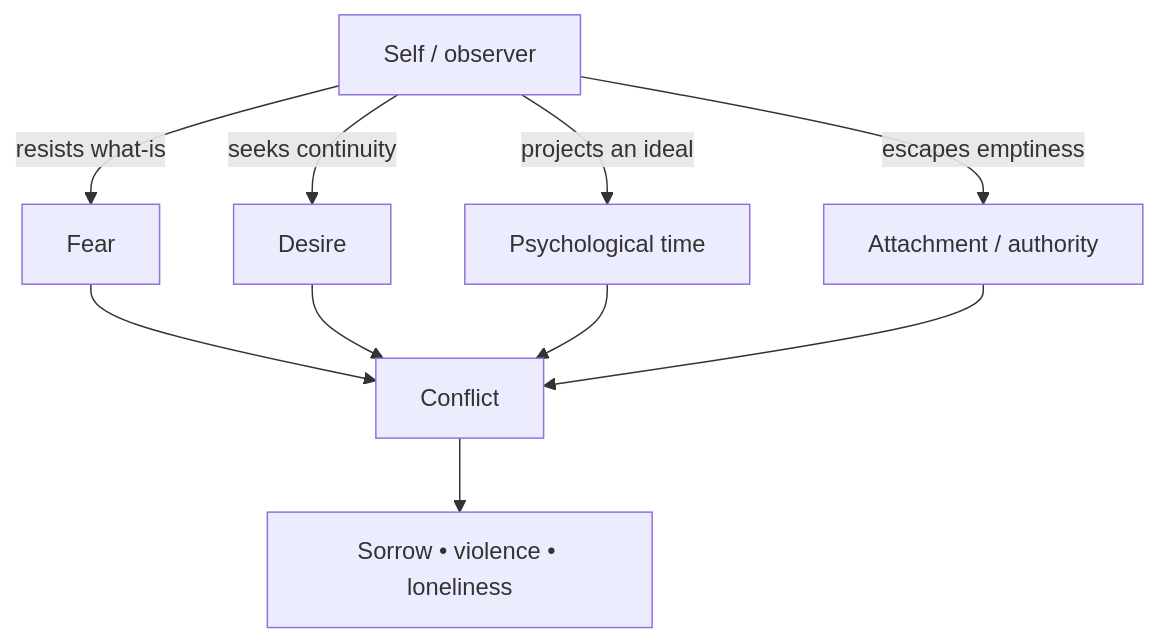
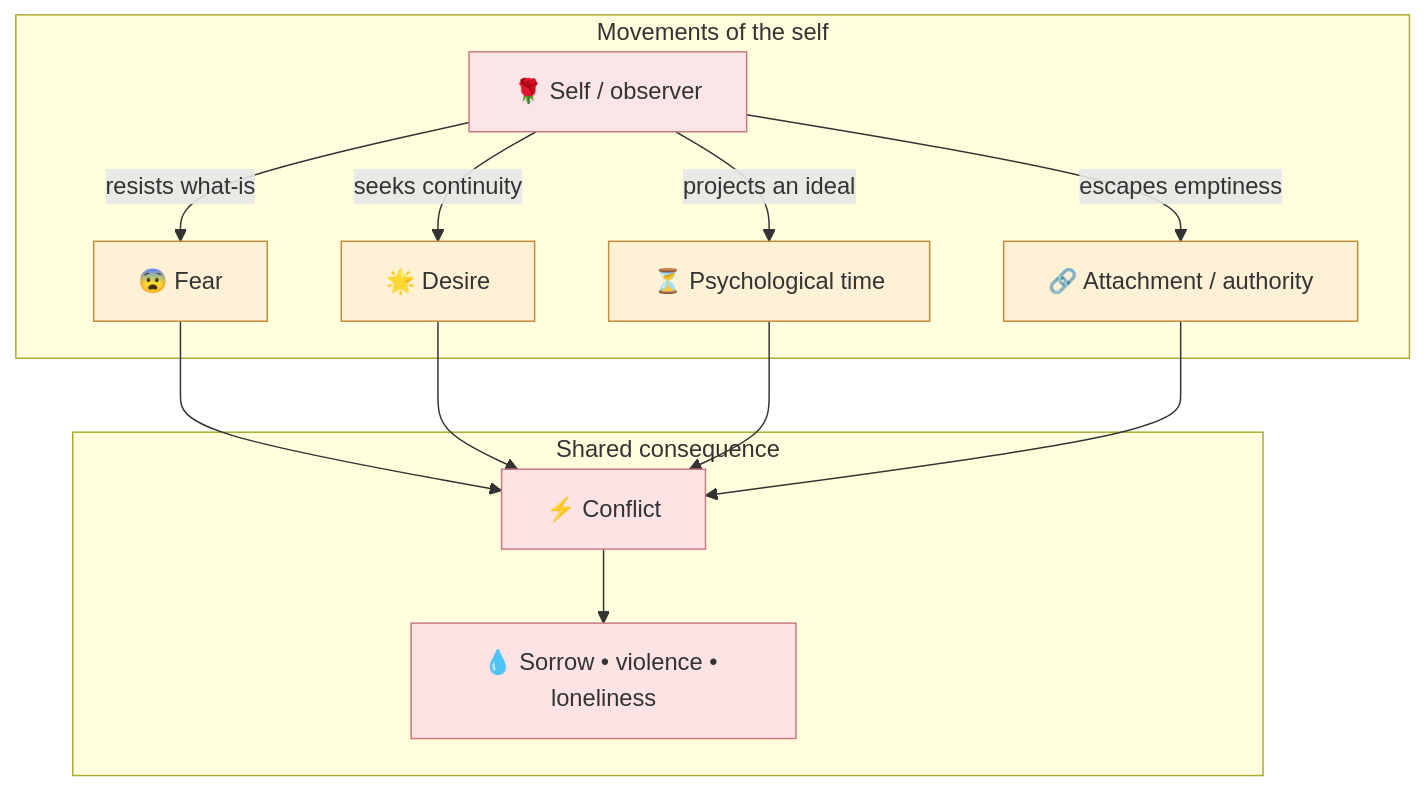
Before and after one commit to enogrob/enogrob.github.io: the seventh of 11 diagrams in _posts/2026-09-08-architecture-of-the-mind-krishnamurti.md, drawn with Mermaid. The commit also changed other lines of this file, not shown here.

````diff
--- a/_posts/2026-09-08-architecture-of-the-mind-krishnamurti.md
+++ b/_posts/2026-09-08-architecture-of-the-mind-krishnamurti.md
@@ -154,12 +270,23 @@
 ```mermaid!
 flowchart TD
-    S["Self / observer"] -->|resists what-is| F["Fear"]
-    S -->|seeks continuity| D["Desire"]
-    S -->|projects an ideal| T["Psychological time"]
-    S -->|escapes emptiness| A["Attachment / authority"]
-    F --> C["Conflict"]
-    D --> C
-    T --> C
-    A --> C
-    C --> R["Sorrow • violence • loneliness"]
+    S["🌹 Self / observer"]
+    subgraph MOVEMENTS[Movements of the self]
+      S -->|resists what-is| F["😨 Fear"]
+      S -->|seeks continuity| D["🌟 Desire"]
+      S -->|projects an ideal| T["⏳ Psychological time"]
+      S -->|escapes emptiness| A["🔗 Attachment / authority"]
+    end
+    subgraph CONSEQUENCES[Shared consequence]
+      F --> C["⚡ Conflict"]
+      D --> C
+      T --> C
+      A --> C
+      C --> R["💧 Sorrow • violence • loneliness"]
+    end
+    classDef self fill:#fbe5e7,stroke:#c97880,stroke-width:1px
+    classDef movement fill:#fff1d6,stroke:#c58a35,stroke-width:1px
+    classDef consequence fill:#fde3e3,stroke:#c97880,stroke-width:1px
+    class S self
+    class F,D,T,A movement
+    class C,R consequence
 ```
````
